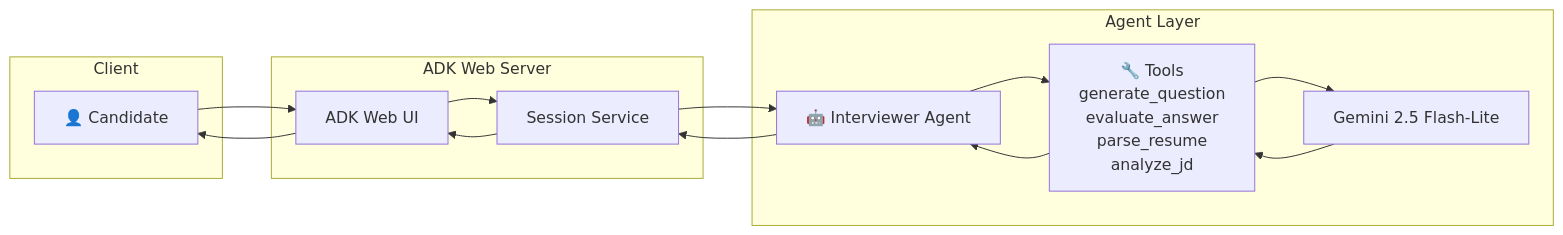
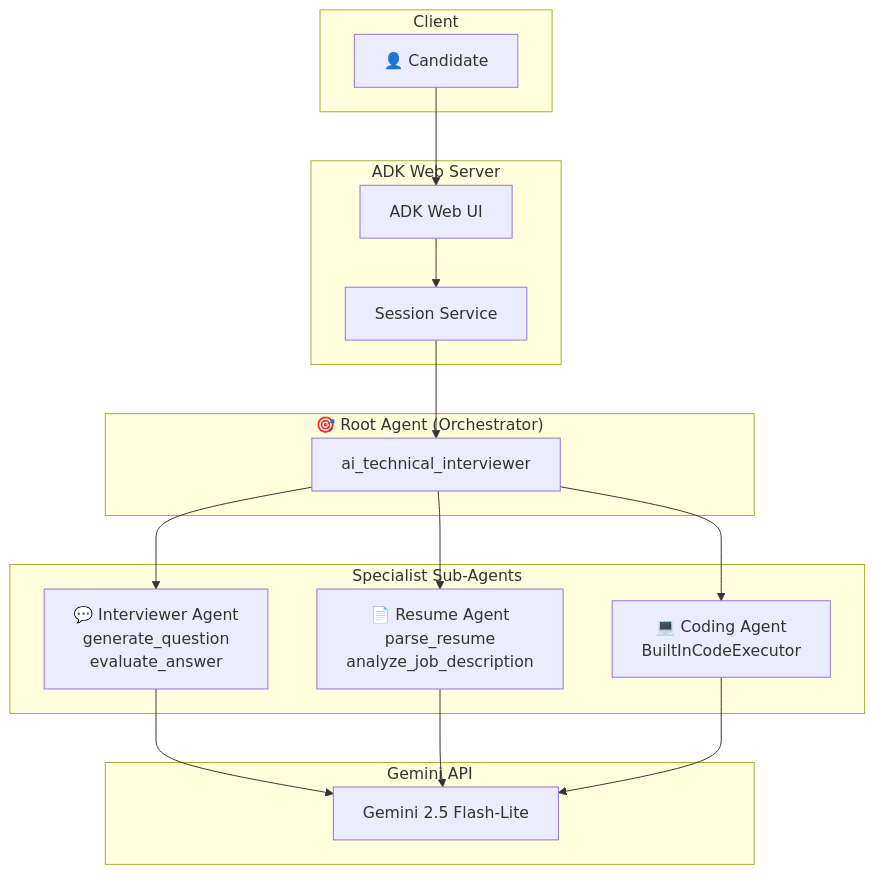
Before and after one commit to VIKAS9793/ai-interviewer-langchain: the diagram in README.md, drawn with Mermaid. The commit also changed other lines of this file and 1 other file, not shown here.

Commit message:
docs: Update README and ARCHITECTURE for v4.1 multi-agent architecture

````diff
--- a/README.md
+++ b/README.md
@@ -83,20 +85,35 @@
 ```mermaid
-flowchart LR
-    subgraph "Client"
+flowchart TB
+    subgraph Client
         A[👤 Candidate]
     end
     
-    subgraph "ADK Web Server"
+    subgraph ADK["ADK Web Server"]
         B[ADK Web UI]
         C[Session Service]
     end
     
-    subgraph "Agent Layer"
-        D[🤖 Interviewer Agent]
-        T[🔧 Tools<br/>generate_question<br/>evaluate_answer<br/>parse_resume<br/>analyze_jd]
-        E[Gemini 2.5 Flash-Lite]
+    subgraph Root["🎯 Root Agent (Orchestrator)"]
+        D[ai_technical_interviewer]
     end
     
-    A --> B --> C --> D --> T --> E
-    E --> T --> D --> C --> B --> A
+    subgraph Specialists["Specialist Sub-Agents"]
+        E1[💬 Interviewer Agent<br/>generate_question<br/>evaluate_answer]
+        E2[📄 Resume Agent<br/>parse_resume<br/>analyze_job_description]
+        E3[💻 Coding Agent<br/>BuiltInCodeExecutor]
+    end
+    
+    subgraph AI["Gemini API"]
+        G[Gemini 2.5 Flash-Lite]
+    end
+    
+    A --> B
+    B --> C
+    C --> D
+    D --> E1
+    D --> E2
+    D --> E3
+    E1 --> G
+    E2 --> G
+    E3 --> G
 ```
````
